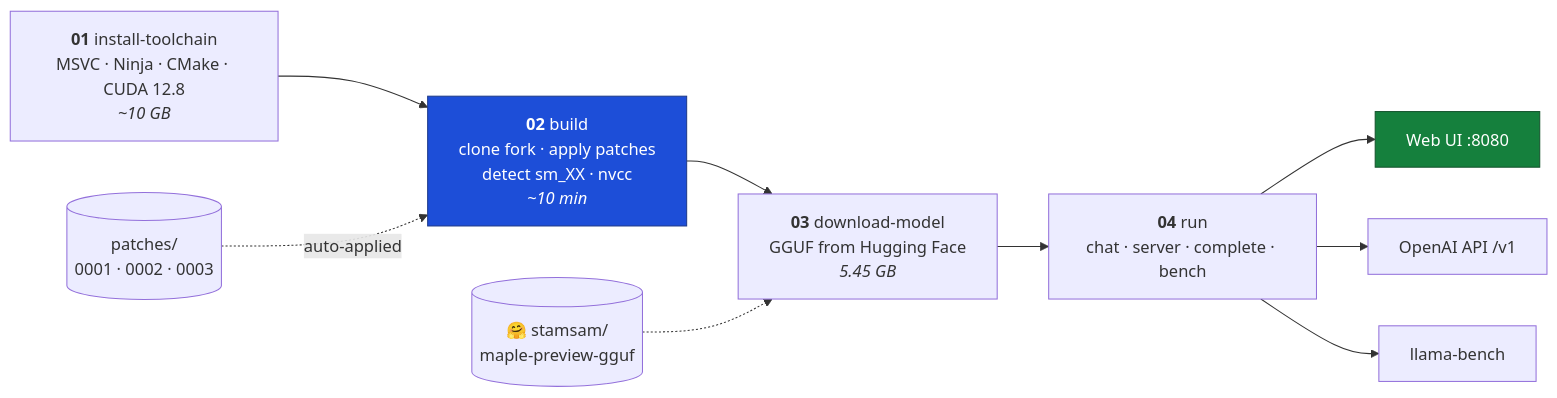
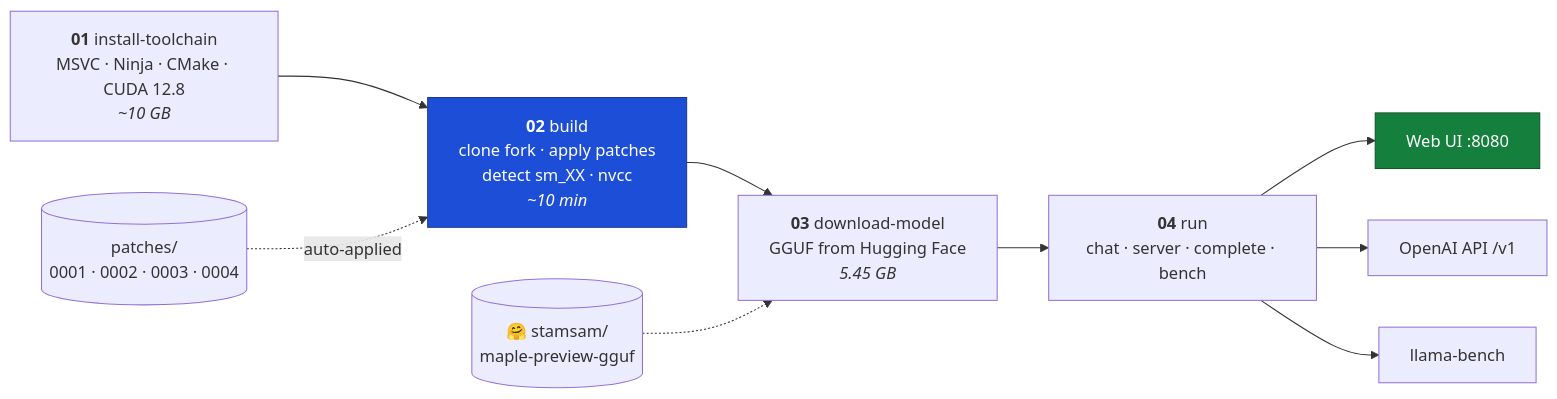
The seventh of 7 diagrams in README.md (PascalAI2024/maple-preview-windows-cuda), drawn with Mermaid before and after one commit. The commit also changed other lines of this file and 2 other files, not shown here.

````diff
--- a/README.md
+++ b/README.md
@@ -302,18 +335,18 @@
 ```mermaid
 flowchart LR
     S1["<b>01</b> install-toolchain<br/>MSVC · Ninja · CMake · CUDA 12.8<br/><i>~10 GB</i>"]
     S2["<b>02</b> build<br/>clone fork · apply patches<br/>detect sm_XX · nvcc<br/><i>~10 min</i>"]
     S3["<b>03</b> download-model<br/>GGUF from Hugging Face<br/><i>5.45 GB</i>"]
     S4["<b>04</b> run<br/>chat · server · complete · bench"]
 
     S1 --> S2 --> S3 --> S4
     S4 --> W["Web UI :8080"]
     S4 --> API["OpenAI API /v1"]
     S4 --> B["llama-bench"]
 
-    P[("patches/<br/>0001 · 0002 · 0003")] -.->|auto-applied| S2
+P[("patches/<br/>0001 · 0002 · 0003 · 0004")] -.->|auto-applied| S2
     HF[("🤗 stamsam/<br/>maple-preview-gguf")] -.-> S3
 
     style S2 fill:#1d4ed8,stroke:#1e3a8a,color:#fff
     style W fill:#15803d,stroke:#14532d,color:#fff
 ```
````
